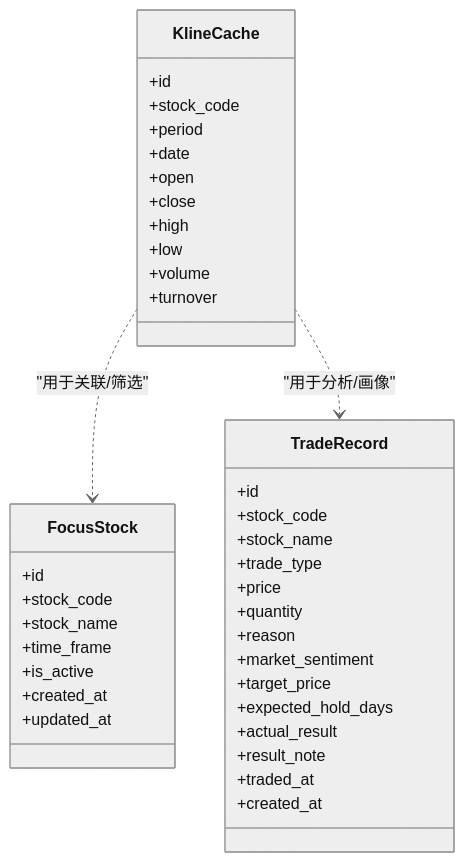
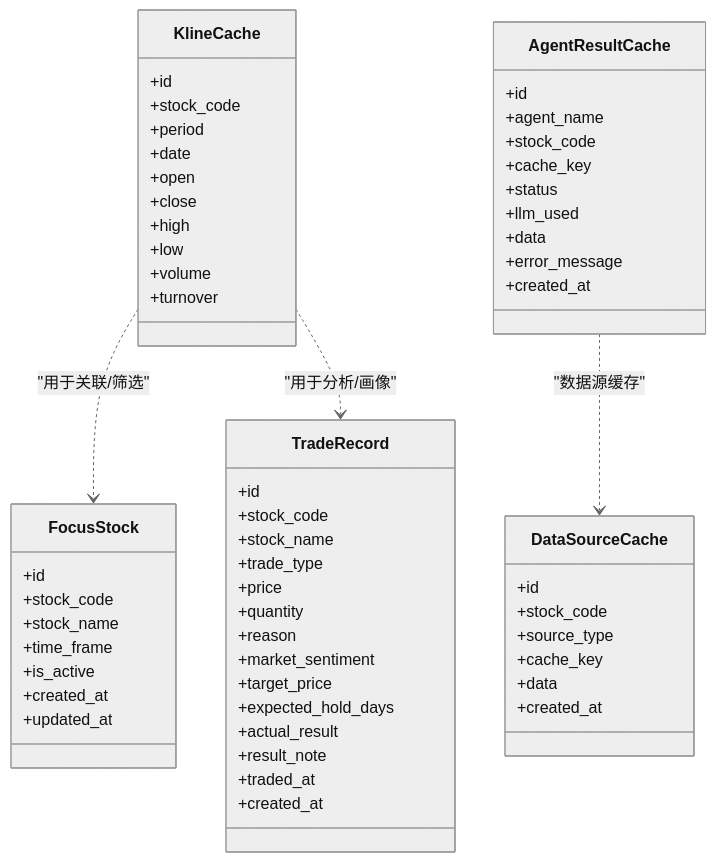
Before and after one commit to Moruime/stock_foker: the third of 7 diagrams in .qoder/repowiki/zh/content/部署运维/性能优化.md, drawn with Mermaid (neutral theme). The commit also changed other lines of this file and 22 other files, not shown here.

First line of the commit message:
feat(data-source): 增强数据服务引入熔断和缓存优化

````diff
--- a/.qoder/repowiki/zh/content/部署运维/性能优化.md
+++ b/.qoder/repowiki/zh/content/部署运维/性能优化.md
@@ -129,42 +155,62 @@
 ```mermaid
 classDiagram
 class FocusStock {
 +id
 +stock_code
 +stock_name
 +time_frame
 +is_active
 +created_at
 +updated_at
 }
 class TradeRecord {
 +id
 +stock_code
 +stock_name
 +trade_type
 +price
 +quantity
 +reason
 +market_sentiment
 +target_price
 +expected_hold_days
 +actual_result
 +result_note
 +traded_at
 +created_at
 }
 class KlineCache {
 +id
 +stock_code
 +period
 +date
 +open
 +close
 +high
 +low
 +volume
 +turnover
 }
+class AgentResultCache {
++id
++agent_name
++stock_code
++cache_key
++status
++llm_used
++data
++error_message
++created_at
+}
+class DataSourceCache {
++id
++stock_code
++source_type
++cache_key
++data
++created_at
+}
 KlineCache ..> FocusStock : "用于关联/筛选"
 KlineCache ..> TradeRecord : "用于分析/画像"
+AgentResultCache ..> DataSourceCache : "数据源缓存"
 ```
````
